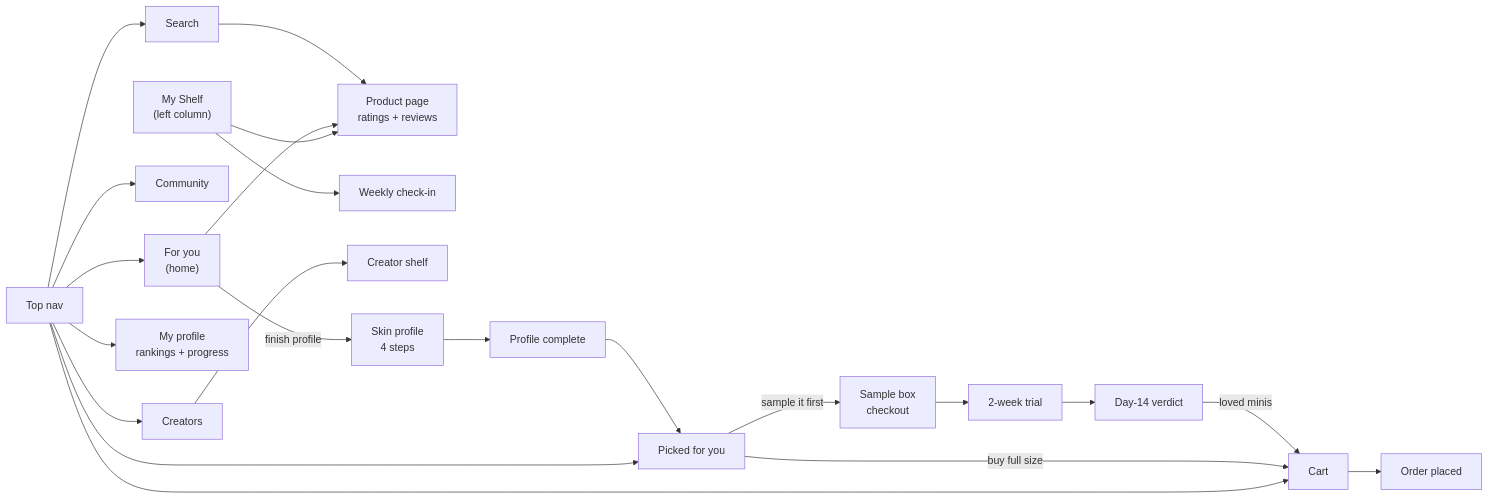
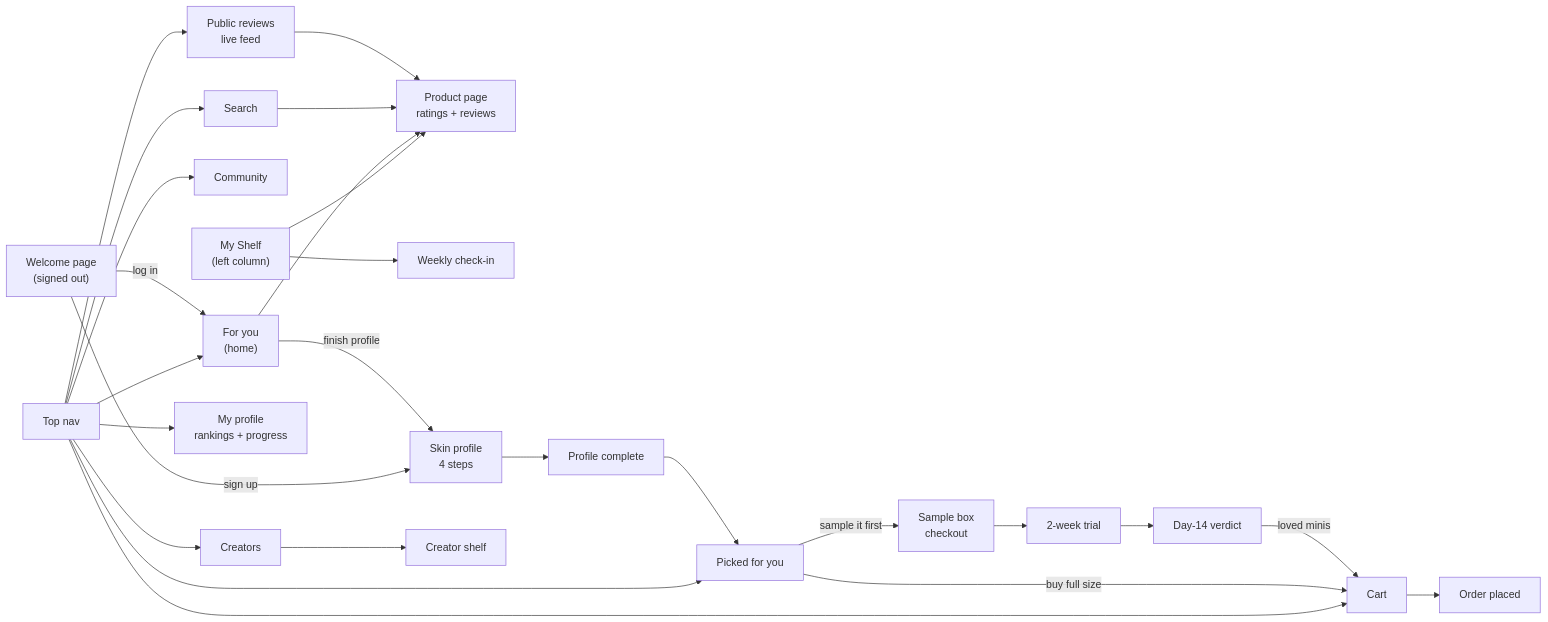
Before and after one commit to enyajpan/dew-web: the first of 2 diagrams in README.md, drawn with Mermaid. The commit also changed other lines of this file and 5 other files, not shown here.

````diff
--- a/README.md
+++ b/README.md
@@ -34,22 +40,26 @@
 ```mermaid
 flowchart LR
   NAV["Top nav"]
   NAV --> FY["For you<br/>(home)"]
   NAV --> CR["Creators"]
   NAV --> CO["Community"]
   NAV --> PK["Picked for you"]
   NAV --> SE["Search"]
+  NAV --> RV["Public reviews<br/>live feed"]
   NAV --> CA["Cart"]
   NAV --> PF["My profile<br/>rankings + progress"]
 
   SHELF["My Shelf<br/>(left column)"] --> PR["Product page<br/>ratings + reviews"]
   SHELF --> CI["Weekly check-in"]
   FY --> PR
   SE --> PR
+  RV --> PR
+  WL["Welcome page<br/>(signed out)"] -->|sign up| ON
+  WL -->|log in| FY
   CR --> CRP["Creator shelf"]
 
   FY -->|finish profile| ON["Skin profile<br/>4 steps"] --> SD["Profile complete"] --> PK
   PK -->|buy full size| CA --> OP["Order placed"]
   PK -->|sample it first| SC["Sample box<br/>checkout"] --> SP["2-week trial"] --> SV["Day-14 verdict"]
   SV -->|loved minis| CA
 ```
````
